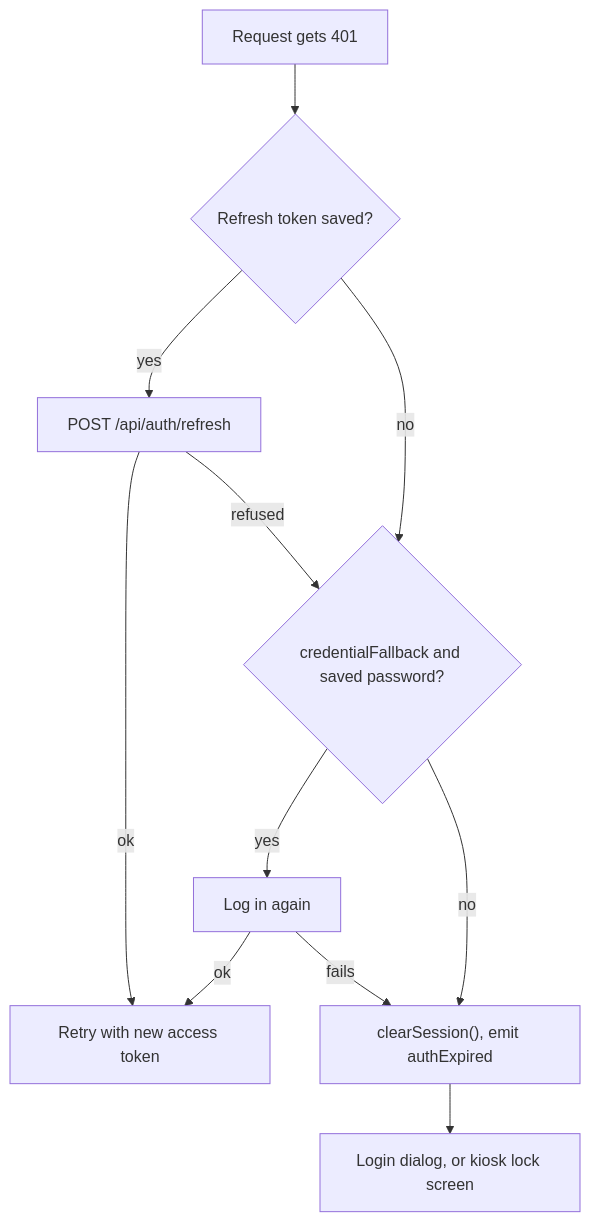
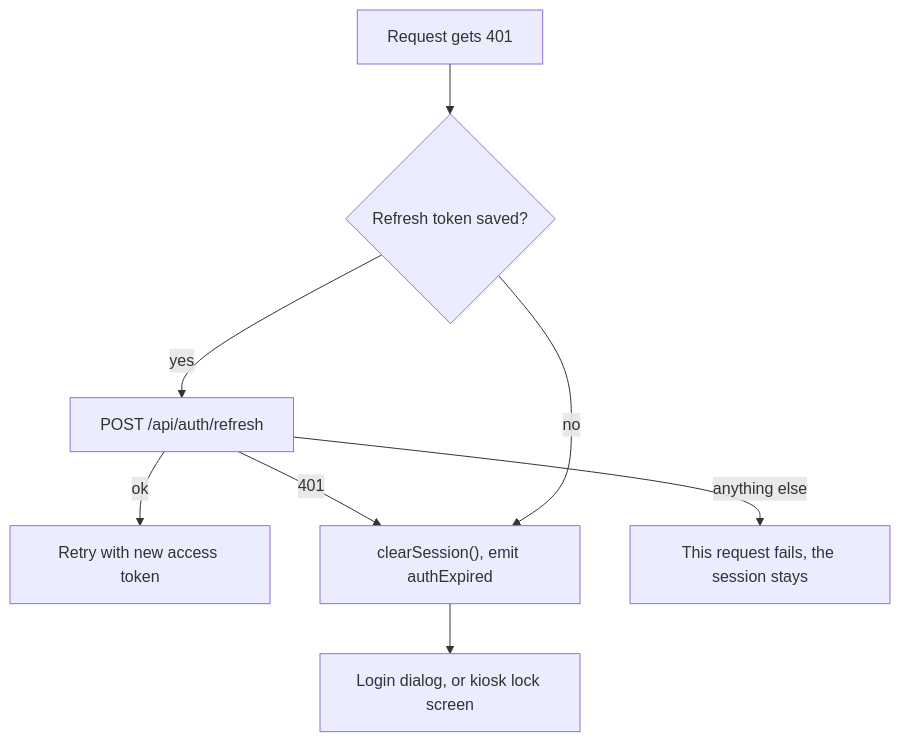
Before and after one commit to Mr0btain/TicketMan: the third of 3 diagrams in docs/client/networking.md, drawn with Mermaid. The commit also changed other lines of this file and 144 other files, not shown here.

````diff
--- a/docs/client/networking.md
+++ b/docs/client/networking.md
@@ -162,13 +163,10 @@
 ```mermaid
 flowchart TD
     A[Request gets 401] --> B{Refresh token saved?}
     B -- yes --> C[POST /api/auth/refresh]
     C -- ok --> R[Retry with new access token]
-    C -- refused --> D
-    B -- no --> D{credentialFallback and saved password?}
-    D -- yes --> E[Log in again]
-    E -- ok --> R
-    D -- no --> F["clearSession(), emit authExpired"]
-    E -- fails --> F
+    C -- "401" --> F["clearSession(), emit authExpired"]
+    C -- anything else --> H[This request fails, the session stays]
+    B -- no --> F
     F --> G[Login dialog, or kiosk lock screen]
 ```
````
